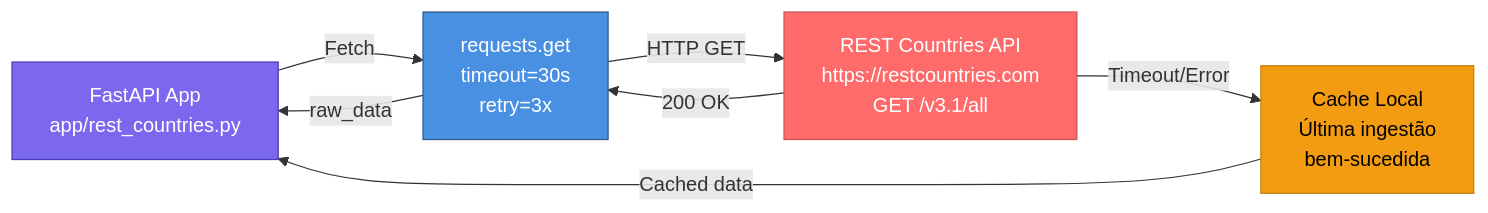
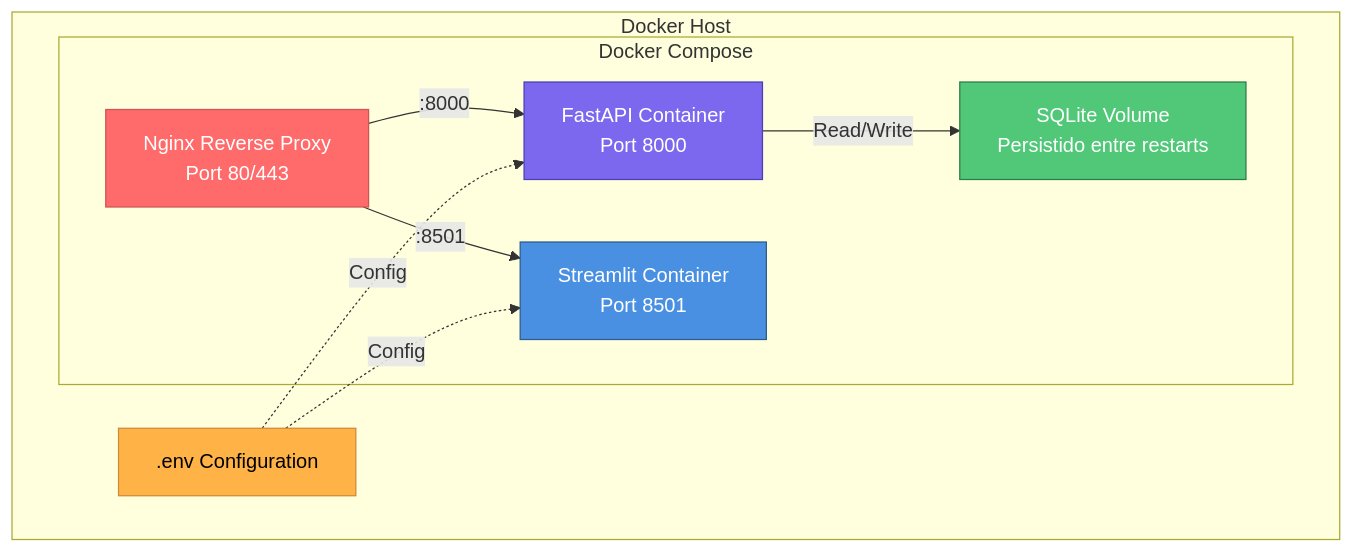
One commit to joaquimlbc/POS_ENG_IA_UFG changed the eighth of 9 diagrams in documentacoes/ARCHITECTURE.md. Above: the diagram before and after it, drawn with Mermaid. The commit also changed other lines of this file and 19 other files, not shown here.

First line of the commit message:
Consolidate architecture docs and clean up root markdown files

````diff
--- a/documentacoes/ARCHITECTURE.md
+++ b/documentacoes/ARCHITECTURE.md
@@ -554,20 +523,24 @@
 ```mermaid
-graph LR
-    APP["FastAPI App<br/>app/rest_countries.py"]
-    CLIENT["requests.get<br/>timeout=30s<br/>retry=3x"]
-    API["REST Countries API<br/>https://restcountries.com<br/>GET /v3.1/all"]
-    FALLBACK["Cache Local<br/>Última ingestão<br/>bem-sucedida"]
+graph TB
+    subgraph "Docker Host"
+        subgraph "Docker Compose"
+            NGINX["Nginx Reverse Proxy<br/>Port 80/443"]
+            FASTAPI_C["FastAPI Container<br/>Port 8000"]
+            STREAMLIT_C["Streamlit Container<br/>Port 8501"]
+            SQLITE_V["SQLite Volume<br/>Persistido entre restarts"]
+        end
+        ENV[".env Configuration"]
+    end
 
-    APP -->|Fetch| CLIENT
-    CLIENT -->|HTTP GET| API
-    API -->|200 OK| CLIENT
-    CLIENT -->|raw_data| APP
-    
-    API -->|Timeout/Error| FALLBACK
-    FALLBACK -->|Cached data| APP
+    NGINX -->|:8000| FASTAPI_C
+    NGINX -->|:8501| STREAMLIT_C
+    FASTAPI_C -->|Read/Write| SQLITE_V
+    ENV -.->|Config| FASTAPI_C
+    ENV -.->|Config| STREAMLIT_C
 
-    style APP fill:#7B68EE,stroke:#4A3FB5,color:#fff
-    style CLIENT fill:#4A90E2,stroke:#2E5C8A,color:#fff
-    style API fill:#FF6B6B,stroke:#CC5555,color:#fff
-    style FALLBACK fill:#F39C12,stroke:#C47E0B,color:#000
+    style NGINX fill:#FF6B6B,stroke:#CC5555,color:#fff
+    style FASTAPI_C fill:#7B68EE,stroke:#4A3FB5,color:#fff
+    style STREAMLIT_C fill:#4A90E2,stroke:#2E5C8A,color:#fff
+    style SQLITE_V fill:#50C878,stroke:#2D7A4A,color:#fff
+    style ENV fill:#FFB347,stroke:#CC8A39,color:#000
 ```
````
